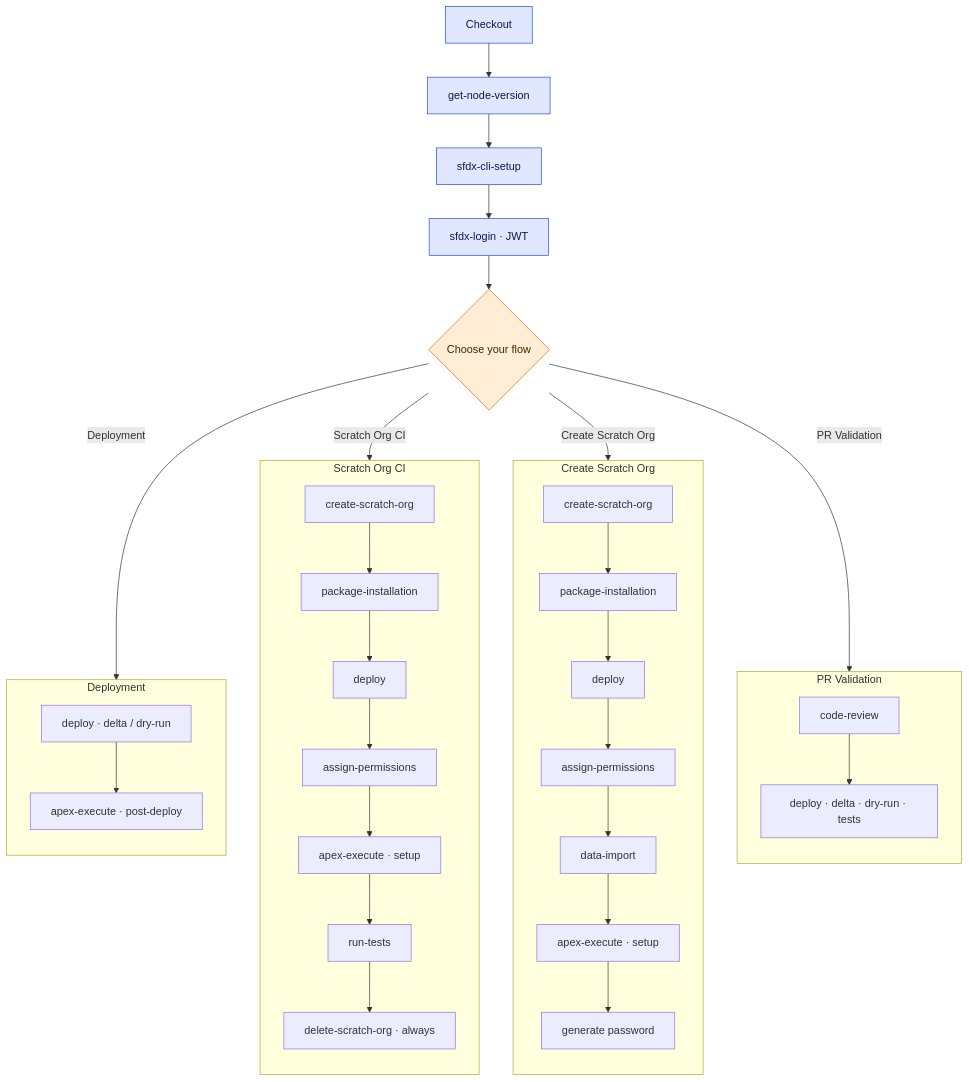
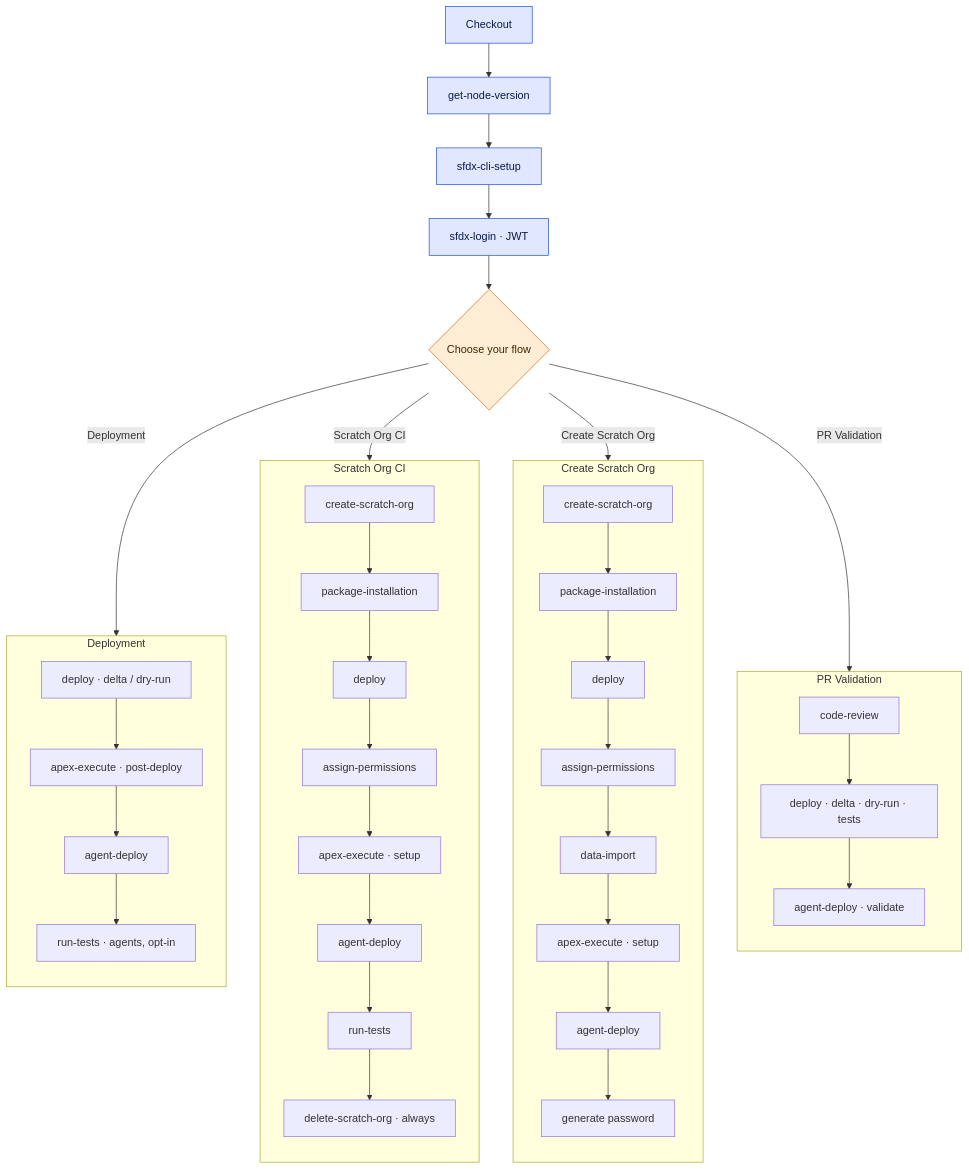
One commit to svierk/salesforce-devops-starter-kit changed the diagram in README.md. Above: the diagram before and after it, drawn with Mermaid. The commit also changed other lines of this file and 11 other files, not shown here.

First line of the commit message:
feat(workflows): deploy and test Agentforce agents (#31)

````diff
--- a/README.md
+++ b/README.md
@@ -48,47 +49,52 @@
 ```mermaid
 flowchart TD
     A[Checkout] --> B[get-node-version]
     B --> C[sfdx-cli-setup]
     C --> D[sfdx-login · JWT]
     D --> E{Choose your flow}
 
     E -->|PR Validation| P[code-review]
     E -->|Create Scratch Org| F[create-scratch-org]
     E -->|Scratch Org CI| F2[create-scratch-org]
     E -->|Deployment| M[deploy · delta / dry-run]
 
     subgraph prv [PR Validation]
         direction TB
         P --> Pd[deploy · delta · dry-run · tests]
+        Pd --> Pa[agent-deploy · validate]
     end
 
     subgraph cso [Create Scratch Org]
         direction TB
         F --> G[package-installation]
         G --> H[deploy]
         H --> AP[assign-permissions]
         AP --> I[data-import]
         I --> AX[apex-execute · setup]
-        AX --> PW[generate password]
+        AX --> AG[agent-deploy]
+        AG --> PW[generate password]
     end
 
     subgraph sci [Scratch Org CI]
         direction TB
         F2 --> G2[package-installation]
         G2 --> H2[deploy]
         H2 --> AP2[assign-permissions]
         AP2 --> AX2[apex-execute · setup]
-        AX2 --> J[run-tests]
+        AX2 --> AG2[agent-deploy]
+        AG2 --> J[run-tests]
         J --> L[delete-scratch-org · always]
     end
 
     subgraph dep [Deployment]
         direction TB
         M --> AX3[apex-execute · post-deploy]
+        AX3 --> AG3[agent-deploy]
+        AG3 --> T3[run-tests · agents, opt-in]
     end
 
     classDef setup fill:#e0e7ff,stroke:#1d4ed8,color:#0b1a4a;
     classDef gate fill:#ffedd5,stroke:#d9650b,color:#3e2600;
     class A,B,C,D setup;
     class E gate;
 ```
````
